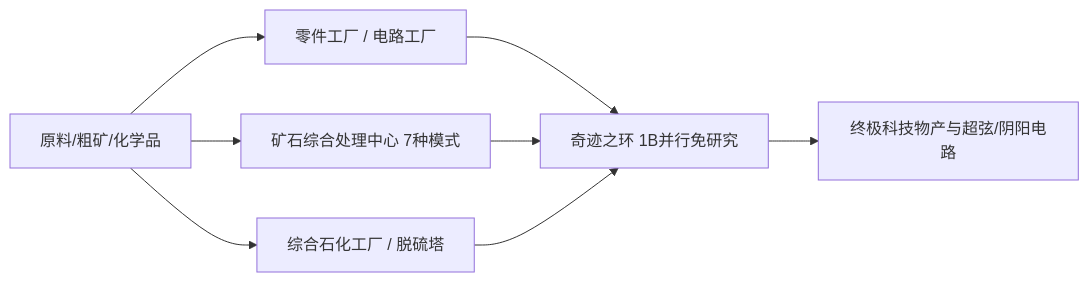
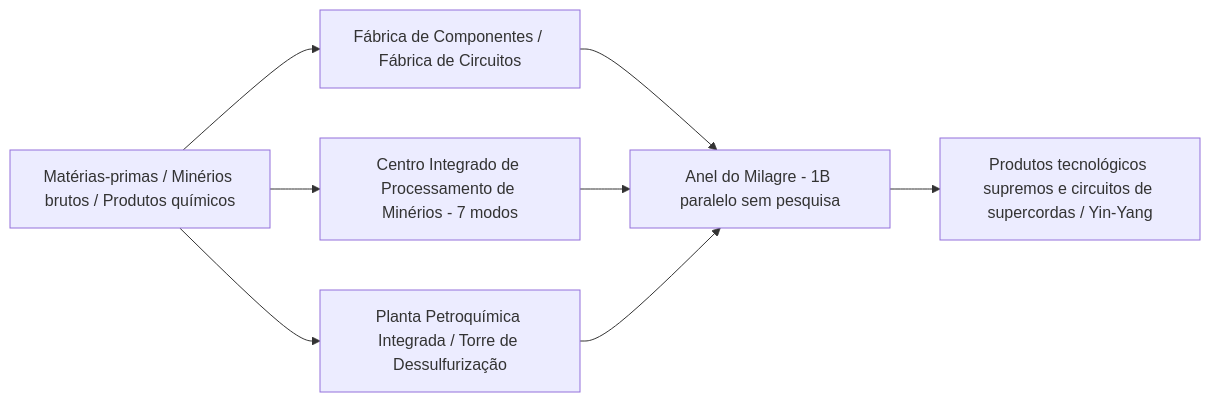
One commit to takanashisatou/GregtechEasy-Docs changed the diagram in docs/pt/gtecore/machines-and-multiblocks.md. Above: the diagram before and after it, drawn with Mermaid. The commit also changed other lines of this file and 99 other files, not shown here.

````diff
--- a/docs/pt/gtecore/machines-and-multiblocks.md
+++ b/docs/pt/gtecore/machines-and-multiblocks.md
@@ -27,8 +27,8 @@
 ```mermaid
 graph LR
-    A[原料/粗矿/化学品] --> B[零件工厂 / 电路工厂]
-    A --> C[矿石综合处理中心 7种模式]
-    A --> D[综合石化工厂 / 脱硫塔]
-    B & C & D --> E[奇迹之环 1B并行免研究]
-    E --> F[终极科技物产与超弦/阴阳电路]
+    A[Matérias-primas / Minérios brutos / Produtos químicos] --> B[Fábrica de Componentes / Fábrica de Circuitos]
+    A --> C[Centro Integrado de Processamento de Minérios - 7 modos]
+    A --> D[Planta Petroquímica Integrada / Torre de Dessulfurização]
+    B & C & D --> E[Anel do Milagre - 1B paralelo sem pesquisa]
+    E --> F[Produtos tecnológicos supremos e circuitos de supercordas / Yin-Yang]
 ```
````
